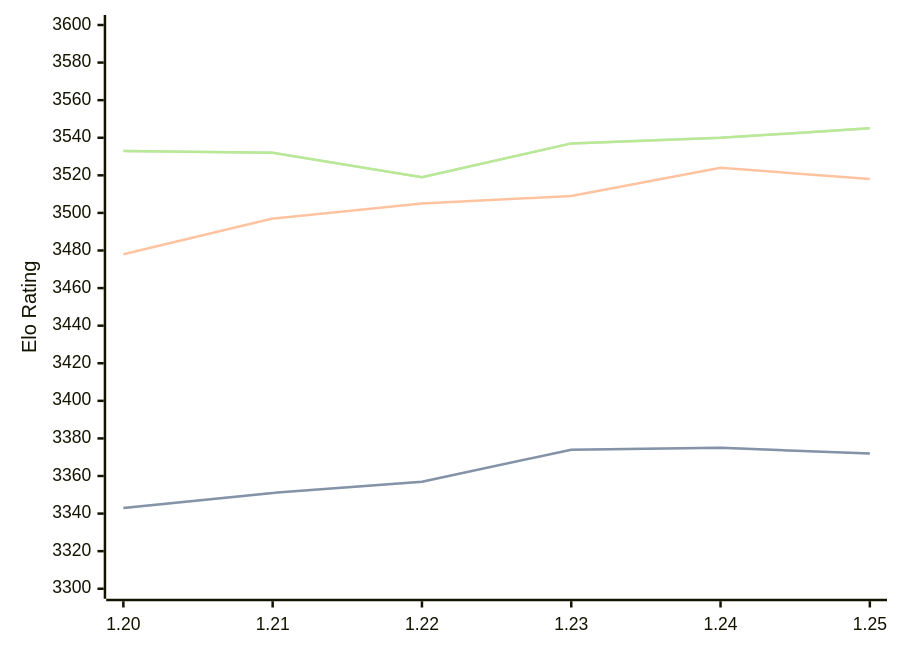
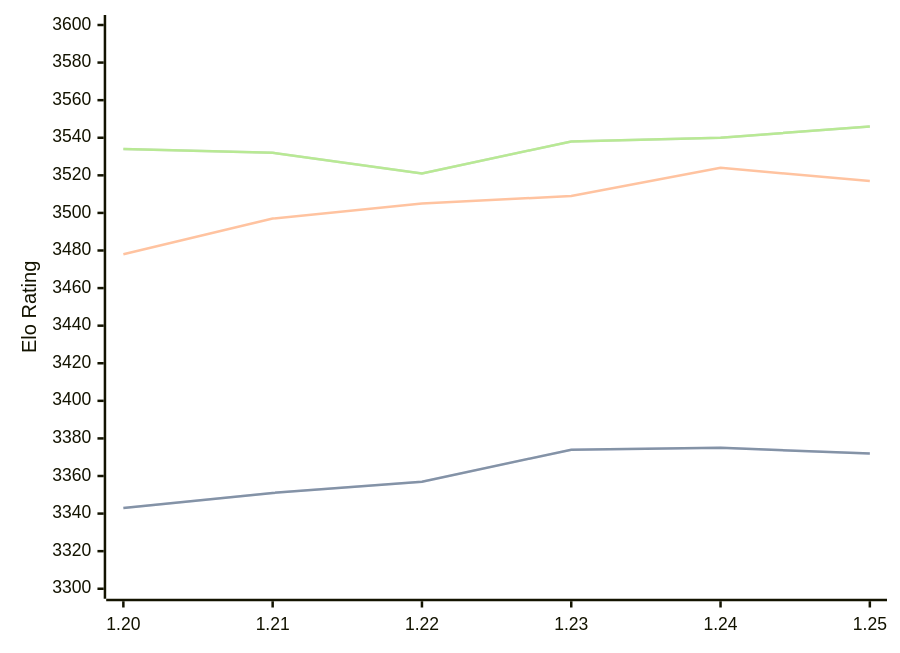
The first of 3 diagrams in engines/Caissa.md (computer-chess-index/cci), drawn with Mermaid before and after one commit. The commit also changed other lines of this file, not shown here.

Commit message:
Update CCI Ratings (ELO VLTC) - 2026-06-30

````diff
--- a/engines/Caissa.md
+++ b/engines/Caissa.md
@@ -65,11 +65,11 @@
 ```mermaid
 %%{init: {"theme":"base","themeVariables":{"seriesColors:['#a3a3a3','#222221','#faa371']}}}%%
 xychart-beta
   x-axis ["1.20", "1.21", "1.22", "1.23", "1.24", "1.25"]
   y-axis "Elo Rating" 3300 --> 3600
   line "STC (8.0+0.08s)" [3343, 3351, 3357, 3374, 3375, 3372]
   line "STC (8.0+0.08s)" [3343, 3351, 3357, 3374, 3375, 3372]
-  line "LTC (60.0+0.60s)" [3478, 3497, 3505, 3509, 3524, 3518]
-  line "VLTC (2m24s+1.12s)" [3533, 3532, 3519, 3537, 3540, 3545]
-  line "VLTC (2m24s+1.12s)" [3533, 3532, 3519, 3537, 3540, 3545]
+  line "LTC (60.0+0.60s)" [3478, 3497, 3505, 3509, 3524, 3517]
+  line "VLTC (2m24s+1.12s)" [3534, 3532, 3521, 3538, 3540, 3546]
+  line "VLTC (2m24s+1.12s)" [3534, 3532, 3521, 3538, 3540, 3546]
 ```
````
